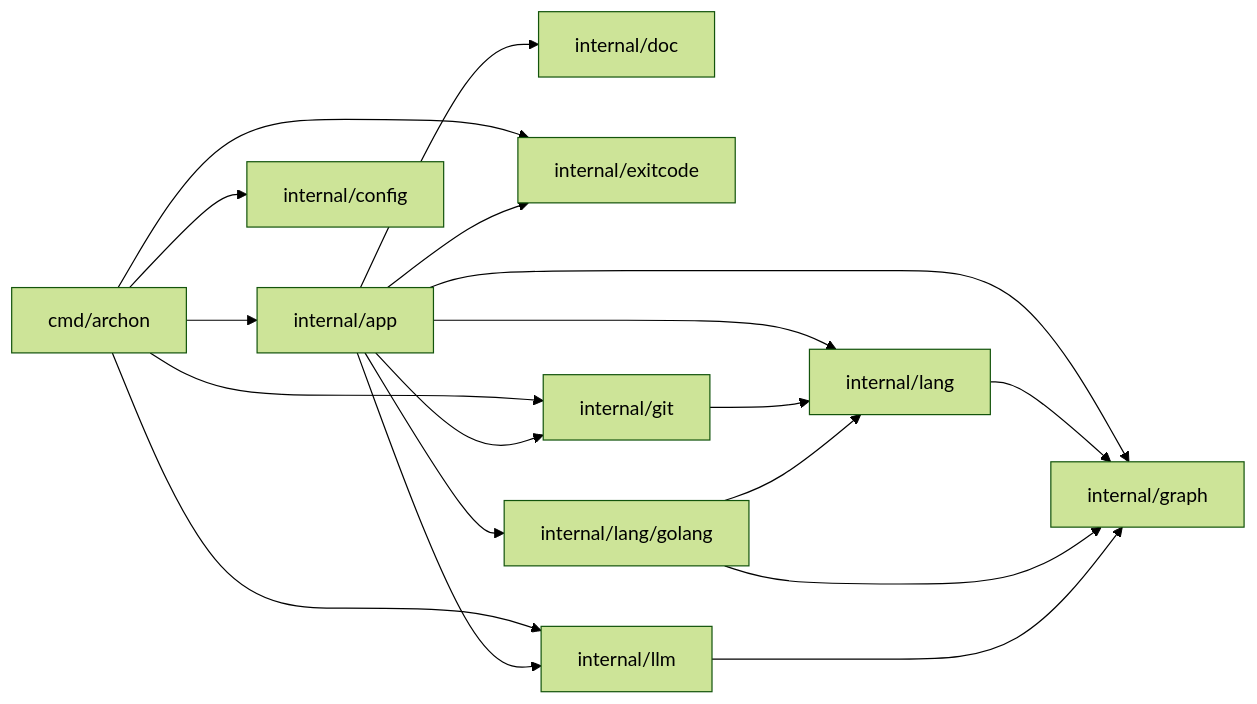
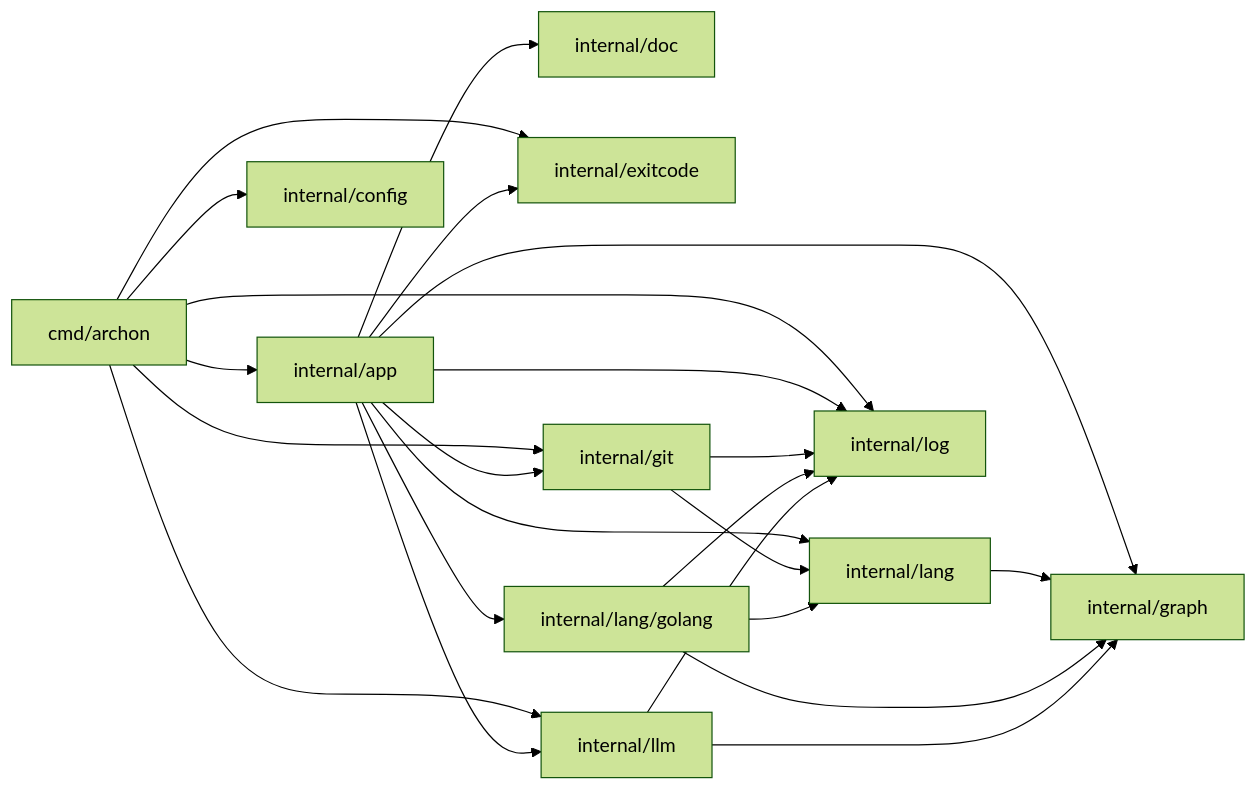
The diagram in docs/ARCHITECTURE.md (j75689/archon), drawn with Mermaid (forest theme) before and after one commit.

Commit message:
docs: regenerate architecture diagram for log package
Record the new internal/log node and first-party import edges
after the verbose logger landed.

````diff
--- a/docs/ARCHITECTURE.md
+++ b/docs/ARCHITECTURE.md
@@ -6,30 +6,36 @@
 ```mermaid
 flowchart LR
   n_cmd_archon["cmd/archon"]
   n_internal_app["internal/app"]
   n_internal_config["internal/config"]
   n_internal_doc["internal/doc"]
   n_internal_exitcode["internal/exitcode"]
   n_internal_git["internal/git"]
   n_internal_graph["internal/graph"]
   n_internal_lang["internal/lang"]
   n_internal_lang_golang["internal/lang/golang"]
   n_internal_llm["internal/llm"]
+  n_internal_log["internal/log"]
   n_cmd_archon --> n_internal_app
   n_cmd_archon --> n_internal_config
   n_cmd_archon --> n_internal_exitcode
   n_cmd_archon --> n_internal_git
   n_cmd_archon --> n_internal_llm
+  n_cmd_archon --> n_internal_log
   n_internal_app --> n_internal_doc
   n_internal_app --> n_internal_exitcode
   n_internal_app --> n_internal_git
   n_internal_app --> n_internal_graph
   n_internal_app --> n_internal_lang
   n_internal_app --> n_internal_lang_golang
   n_internal_app --> n_internal_llm
+  n_internal_app --> n_internal_log
   n_internal_git --> n_internal_lang
+  n_internal_git --> n_internal_log
   n_internal_lang --> n_internal_graph
   n_internal_lang_golang --> n_internal_graph
   n_internal_lang_golang --> n_internal_lang
+  n_internal_lang_golang --> n_internal_log
   n_internal_llm --> n_internal_graph
+  n_internal_llm --> n_internal_log
 ```
````
